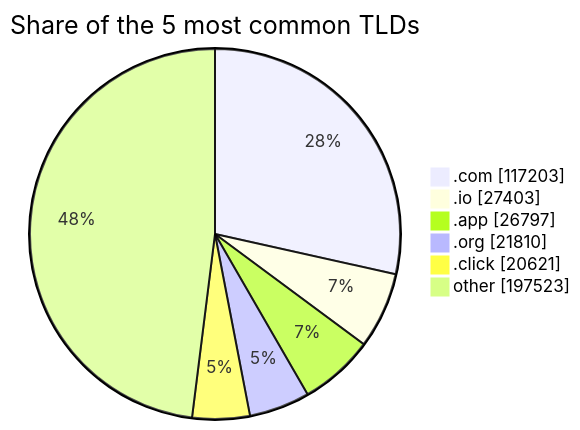
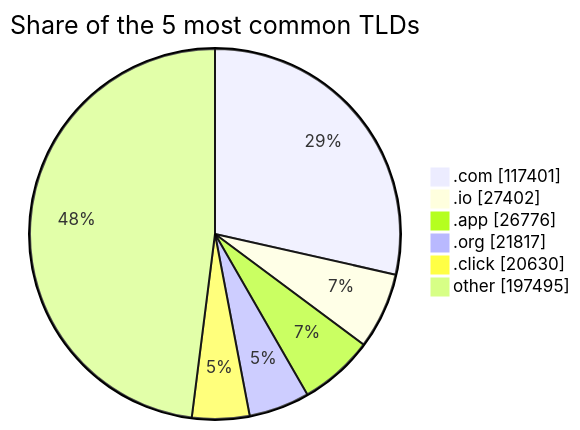
Before and after one commit to DNSBunker/CTI: the third of 3 diagrams in README.md, drawn with Mermaid. The commit also changed other lines of this file and 3 other files, not shown here.

````diff
--- a/README.md
+++ b/README.md
@@ -81,9 +81,9 @@
 ```mermaid
 pie showData title Share of the 5 most common TLDs
-    ".com" : 117203
-    ".io" : 27403
-    ".app" : 26797
-    ".org" : 21810
-    ".click" : 20621
-    "other" : 197523
+    ".com" : 117401
+    ".io" : 27402
+    ".app" : 26776
+    ".org" : 21817
+    ".click" : 20630
+    "other" : 197495
 ```
````
